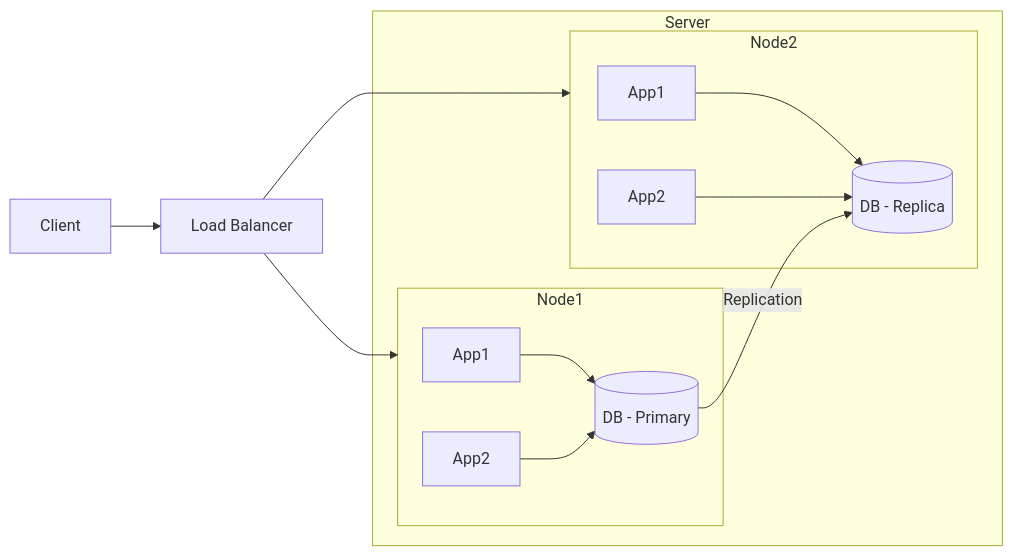
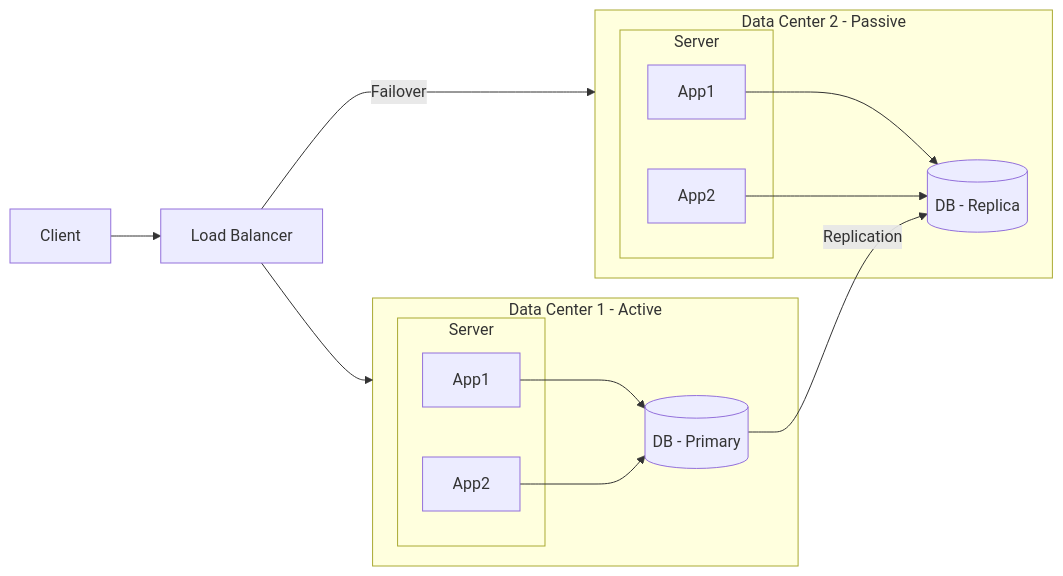
One commit to danishnetp/learning-system-design-concepts changed the second of 3 diagrams in src/main/java/com/system/design/high_level_design/code_concept/design-high-availability-architecture.md. Above: the diagram before and after it, drawn with Mermaid. The commit also changed other lines of this file, not shown here.

````diff
--- a/src/main/java/com/system/design/high_level_design/code_concept/design-high-availability-architecture.md
+++ b/src/main/java/com/system/design/high_level_design/code_concept/design-high-availability-architecture.md
@@ -114,25 +105,28 @@
 ```mermaid
 flowchart LR
-    C[Client] --> LB[Load Balancer]
+	C[Client] --> LB[Load Balancer]
 
-    subgraph Server
-        subgraph Node1
-            A11[App1]
-            A12[App2]
-            DB1[(DB - Primary)]
-            A11 --> DB1
-            A12 --> DB1
-        end
-        subgraph Node2
-            A21[App1]
-            A22[App2]
-            DB2[(DB - Replica)]
-            A21 --> DB2
-            A22 --> DB2
-        end
-    end
+	subgraph DC1[Data Center 1 - Active]
+		subgraph S1[Server]
+			A11[App1]
+			A12[App2]
+		end
+		DB1[(DB - Primary)]
+		A11 --> DB1
+		A12 --> DB1
+	end
 
-    LB --> Node1
-    LB --> Node2
-    DB1 -->|Replication| DB2
+	subgraph DC2[Data Center 2 - Passive]
+		subgraph S2[Server]
+			A21[App1]
+			A22[App2]
+		end
+		DB2[(DB - Replica)]
+		A21 --> DB2
+		A22 --> DB2
+	end
+
+	LB --> DC1
+	LB -->|Failover| DC2
+	DB1 -->|Replication| DB2
 ```
````
